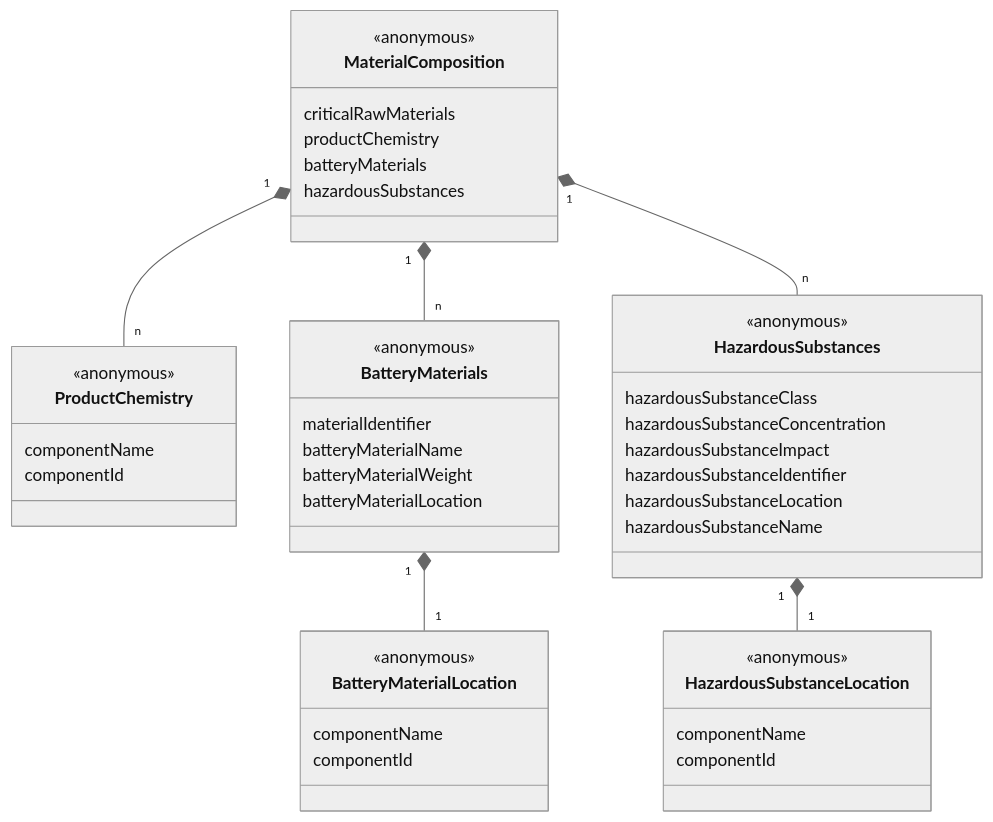
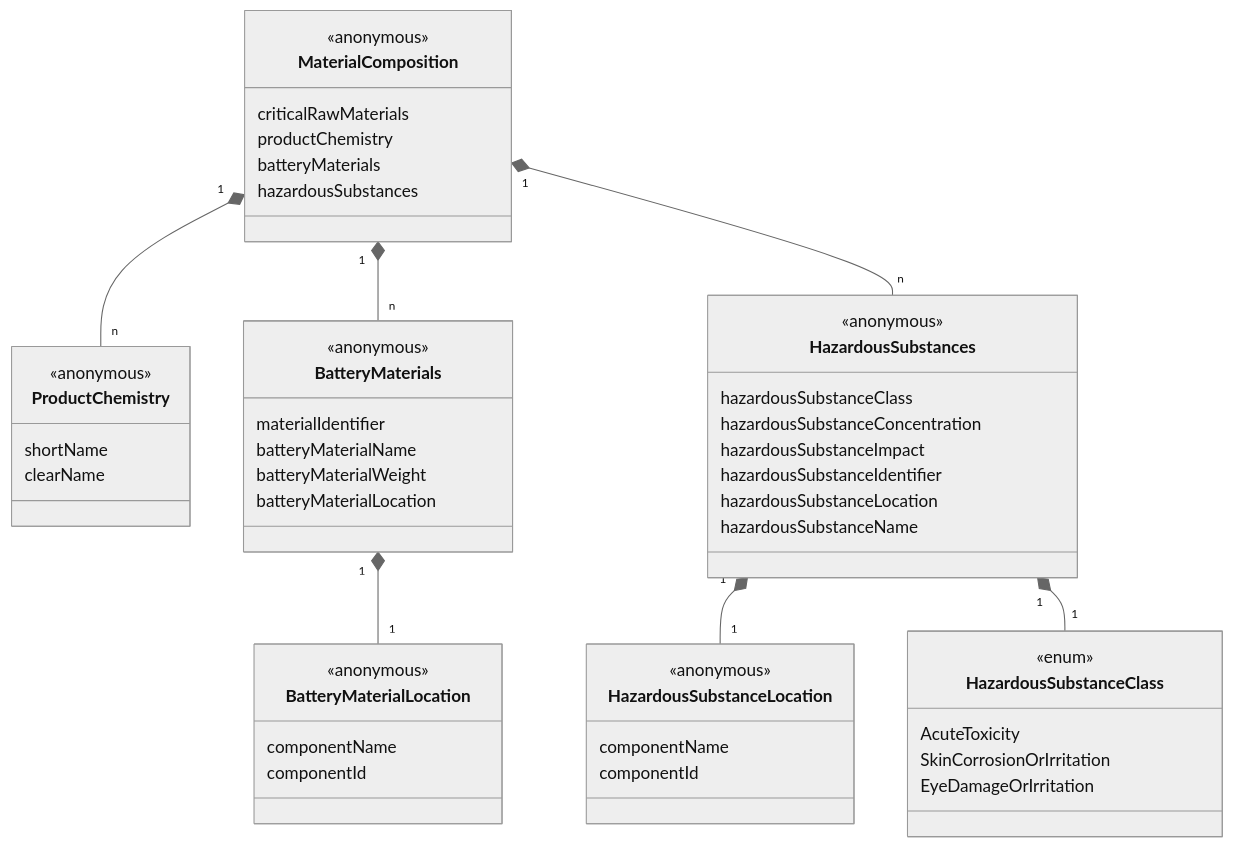
The fifth of 8 diagrams in docs/contexts/dbp/vocabulary.md (spherity/dpp-vocabulary), drawn with Mermaid (neutral theme) before and after one commit. The commit also changed other lines of this file and 1 other file, not shown here.

````diff
--- a/docs/contexts/dbp/vocabulary.md
+++ b/docs/contexts/dbp/vocabulary.md
@@ -323,48 +323,55 @@
 ```mermaid
 classDiagram
     class MaterialComposition{
         <<anonymous>>
         criticalRawMaterials
         productChemistry
         batteryMaterials
         hazardousSubstances
     }
     class ProductChemistry{
         <<anonymous>>
-        componentName
-        componentId
+        shortName
+        clearName
     }
     class BatteryMaterials{
         <<anonymous>>
         materialIdentifier
         batteryMaterialName
         batteryMaterialWeight
         batteryMaterialLocation
     }
     class BatteryMaterialLocation {
         <<anonymous>>
         componentName
         componentId
     }
     class HazardousSubstances {
         <<anonymous>>
         hazardousSubstanceClass
         hazardousSubstanceConcentration
         hazardousSubstanceImpact
         hazardousSubstanceIdentifier
         hazardousSubstanceLocation
         hazardousSubstanceName
     }
+    class HazardousSubstanceClass {
+        <<enum>>
+        AcuteToxicity
+        SkinCorrosionOrIrritation
+        EyeDamageOrIrritation
+    }
     class HazardousSubstanceLocation {
         <<anonymous>>
         componentName
         componentId
     }
 
     MaterialComposition "1" *-- "n" ProductChemistry
     MaterialComposition "1" *-- "n" BatteryMaterials
     BatteryMaterials "1" *-- "1" BatteryMaterialLocation
     MaterialComposition "1" *-- "n" HazardousSubstances
     HazardousSubstances "1" *-- "1" HazardousSubstanceLocation
-
+    HazardousSubstances "1" *-- "1" HazardousSubstanceClass
+    
 ```
````
